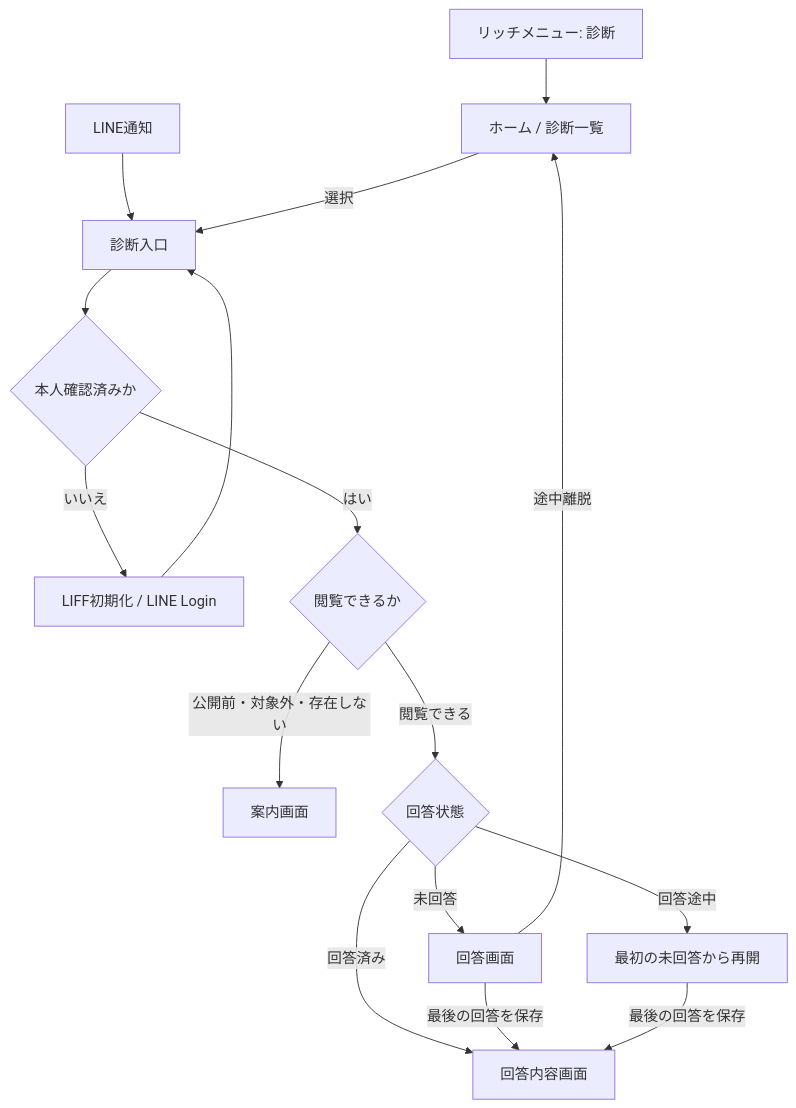
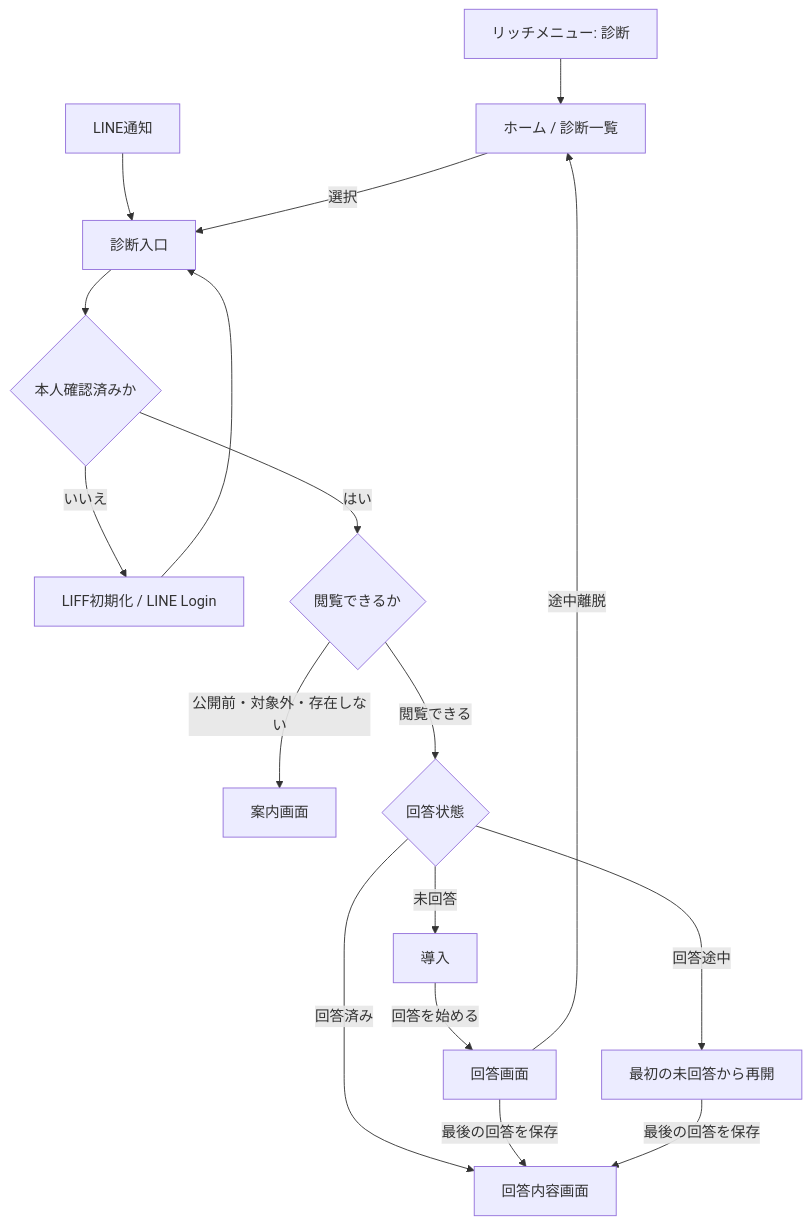
Before and after one commit to kkyosuke/me-builder: the diagram in docs/diagnosis/diagnosis-experience.md, drawn with Mermaid. The commit also changed other lines of this file and 11 other files, not shown here.

````diff
--- a/docs/diagnosis/diagnosis-experience.md
+++ b/docs/diagnosis/diagnosis-experience.md
@@ -70,18 +74,19 @@
 ```mermaid
 flowchart TD
     R[リッチメニュー: 診断] --> H[ホーム / 診断一覧]
     N[LINE通知] --> G[診断入口]
     H -->|選択| G
     G --> A{本人確認済みか}
     A -->|いいえ| L[LIFF初期化 / LINE Login]
     L --> G
     A -->|はい| V{閲覧できるか}
     V -->|公開前・対象外・存在しない| U[案内画面]
     V -->|閲覧できる| S{回答状態}
-    S -->|未回答| Q[回答画面]
+    S -->|未回答| I[導入]
+    I -->|回答を始める| Q[回答画面]
     S -->|回答途中| Q2[最初の未回答から再開]
     S -->|回答済み| D[回答内容画面]
     Q -->|途中離脱| H
     Q -->|最後の回答を保存| D
     Q2 -->|最後の回答を保存| D
 ```
````
